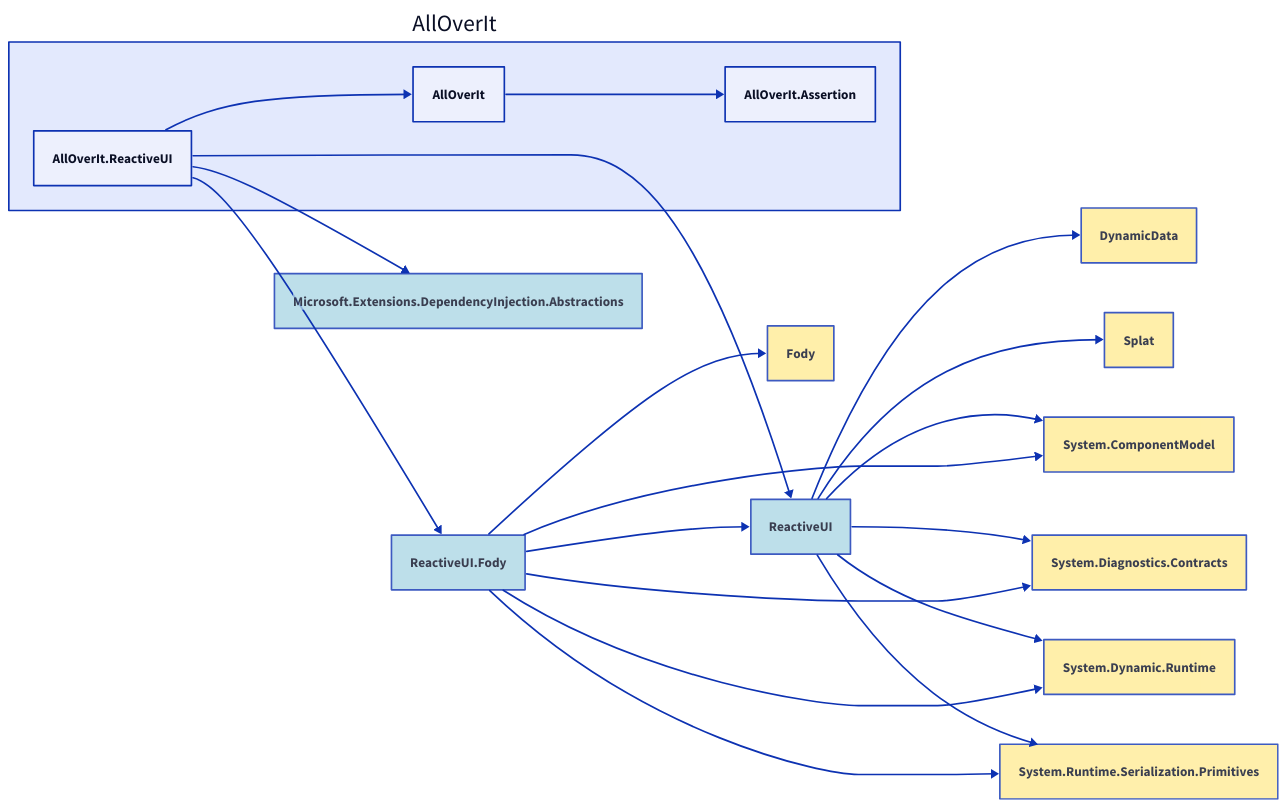
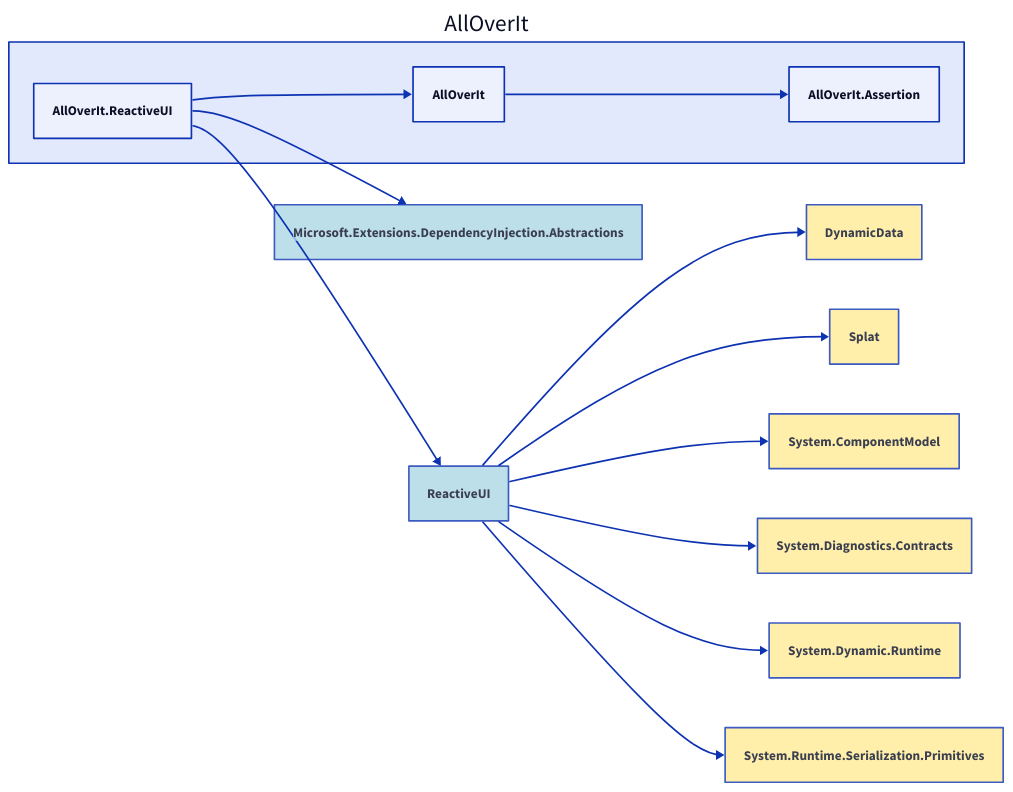
The diagram in Docs/Dependencies/alloverit-reactiveui.d2 (nickathone/AllOverIt), drawn with D2 before and after one commit. The commit also changed 7 other files, not shown here.

Commit message:
Removed dependency on ReactiveUI.Fody

```diff
--- a/Docs/Dependencies/alloverit-reactiveui.d2
+++ b/Docs/Dependencies/alloverit-reactiveui.d2
@@ -1,53 +1,40 @@
 direction: right
 
 aoi: AllOverIt
 aoi.alloverit-reactiveui: AllOverIt.ReactiveUI
 microsoft-extensions-dependencyinjection-abstractions: Microsoft.Extensions.DependencyInjection.Abstractions
 microsoft-extensions-dependencyinjection-abstractions.style.fill: "#ADD8E6"
 microsoft-extensions-dependencyinjection-abstractions.style.opacity: 0.8
 microsoft-extensions-dependencyinjection-abstractions <- aoi.alloverit-reactiveui
 reactiveui: ReactiveUI
 reactiveui.style.fill: "#ADD8E6"
 reactiveui.style.opacity: 0.8
 dynamicdata: DynamicData
 dynamicdata.style.fill: "#FFEC96"
 dynamicdata.style.opacity: 0.8
 dynamicdata <- reactiveui
 splat: Splat
 splat.style.fill: "#FFEC96"
 splat.style.opacity: 0.8
 splat <- reactiveui
 system-componentmodel: System.ComponentModel
 system-componentmodel.style.fill: "#FFEC96"
 system-componentmodel.style.opacity: 0.8
 system-componentmodel <- reactiveui
 system-diagnostics-contracts: System.Diagnostics.Contracts
 system-diagnostics-contracts.style.fill: "#FFEC96"
 system-diagnostics-contracts.style.opacity: 0.8
 system-diagnostics-contracts <- reactiveui
 system-dynamic-runtime: System.Dynamic.Runtime
 system-dynamic-runtime.style.fill: "#FFEC96"
 system-dynamic-runtime.style.opacity: 0.8
 system-dynamic-runtime <- reactiveui
 system-runtime-serialization-primitives: System.Runtime.Serialization.Primitives
 system-runtime-serialization-primitives.style.fill: "#FFEC96"
 system-runtime-serialization-primitives.style.opacity: 0.8
 system-runtime-serialization-primitives <- reactiveui
 reactiveui <- aoi.alloverit-reactiveui
-reactiveui-fody: ReactiveUI.Fody
-reactiveui-fody.style.fill: "#ADD8E6"
-reactiveui-fody.style.opacity: 0.8
-reactiveui <- reactiveui-fody
-fody: Fody
-fody.style.fill: "#FFEC96"
-fody.style.opacity: 0.8
-fody <- reactiveui-fody
-system-componentmodel <- reactiveui-fody
-system-diagnostics-contracts <- reactiveui-fody
-system-dynamic-runtime <- reactiveui-fody
-system-runtime-serialization-primitives <- reactiveui-fody
-reactiveui-fody <- aoi.alloverit-reactiveui
 aoi.alloverit: AllOverIt
 aoi.alloverit-assertion: AllOverIt.Assertion
 aoi.alloverit-assertion <- aoi.alloverit
 aoi.alloverit <- aoi.alloverit-reactiveui
```
